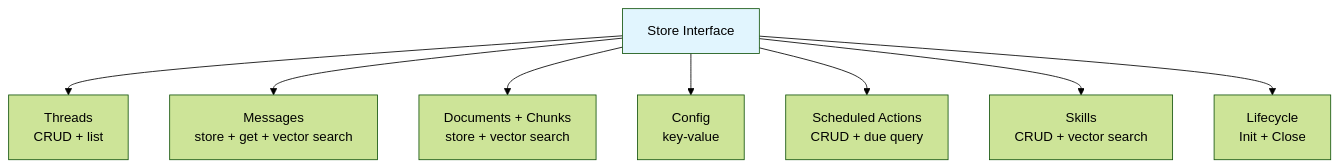
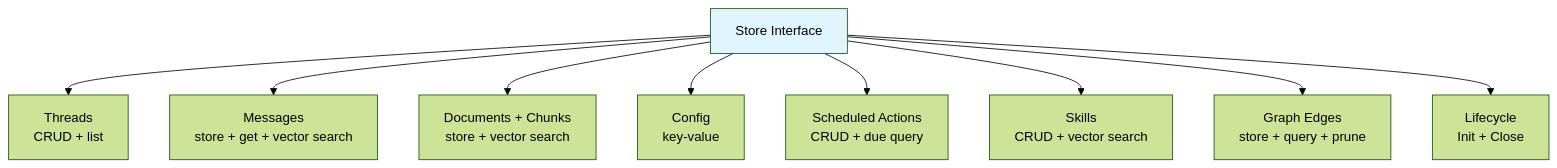
Before and after one commit to nevindra/oasis: the diagram in docs/concepts/store.md, drawn with Mermaid (forest theme). The commit also changed other lines of this file and 25 other files, not shown here.

````diff
--- a/docs/concepts/store.md
+++ b/docs/concepts/store.md
@@ -11,13 +11,14 @@
 ```mermaid
 graph TB
     STORE[Store Interface]
     STORE --> THREADS[Threads<br>CRUD + list]
     STORE --> MSGS[Messages<br>store + get + vector search]
     STORE --> DOCS[Documents + Chunks<br>store + vector search]
     STORE --> CONFIG[Config<br>key-value]
     STORE --> SCHED[Scheduled Actions<br>CRUD + due query]
     STORE --> SKILLS[Skills<br>CRUD + vector search]
+    STORE --> GRAPH[Graph Edges<br>store + query + prune]
     STORE --> LIFE[Lifecycle<br>Init + Close]
 
     style STORE fill:#e1f5fe
 ```
````
